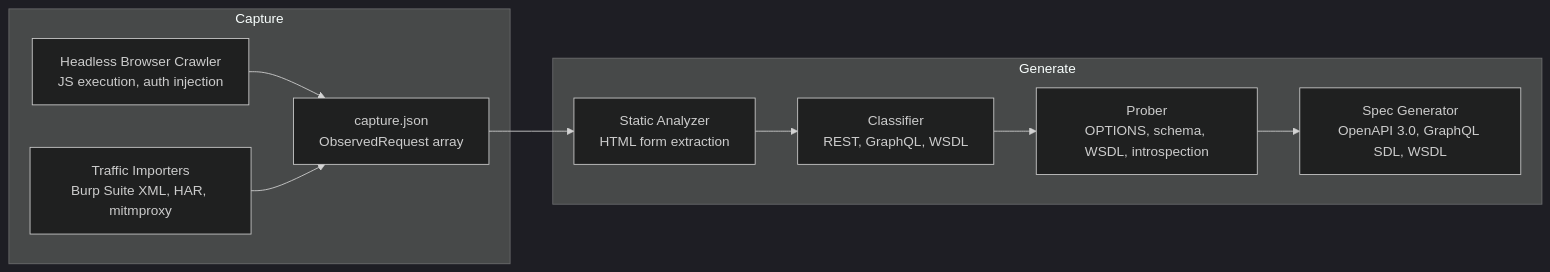
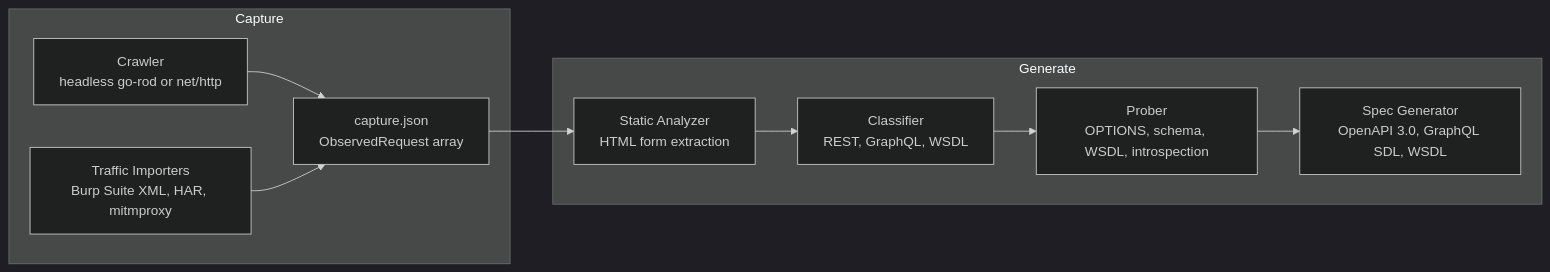
One commit to praetorian-inc/vespasian changed the diagram in README.md. Above: the diagram before and after it, drawn with Mermaid (dark theme). The commit also changed other lines of this file, not shown here.

First line of the commit message:
docs(readme): describe both crawler backends in crawl command + diagram

````diff
--- a/README.md
+++ b/README.md
@@ -58,13 +58,13 @@
 ```mermaid
 flowchart LR
     subgraph Capture
-        A["Headless Browser Crawler<br/>JS execution, auth injection"] --> C["capture.json<br/>ObservedRequest array"]
+        A["Crawler<br/>headless go-rod or net/http"] --> C["capture.json<br/>ObservedRequest array"]
         B["Traffic Importers<br/>Burp Suite XML, HAR, mitmproxy"] --> C
     end
     subgraph Generate
         C --> S["Static Analyzer<br/>HTML form extraction"]
         S --> D["Classifier<br/>REST, GraphQL, WSDL"]
         D --> E["Prober<br/>OPTIONS, schema, WSDL, introspection"]
         E --> F["Spec Generator<br/>OpenAPI 3.0, GraphQL SDL, WSDL"]
     end
 ```
````
